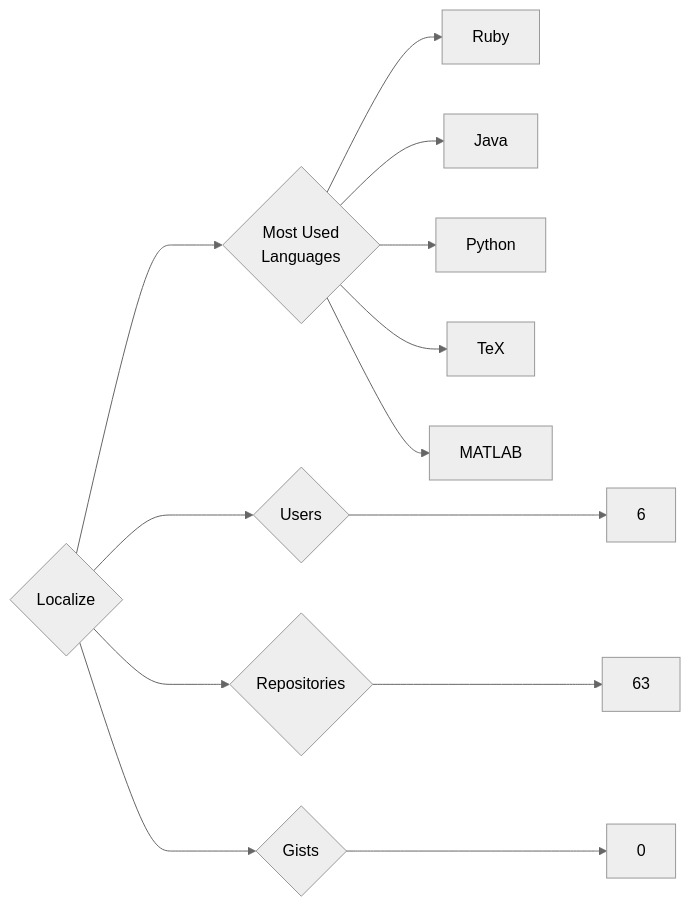
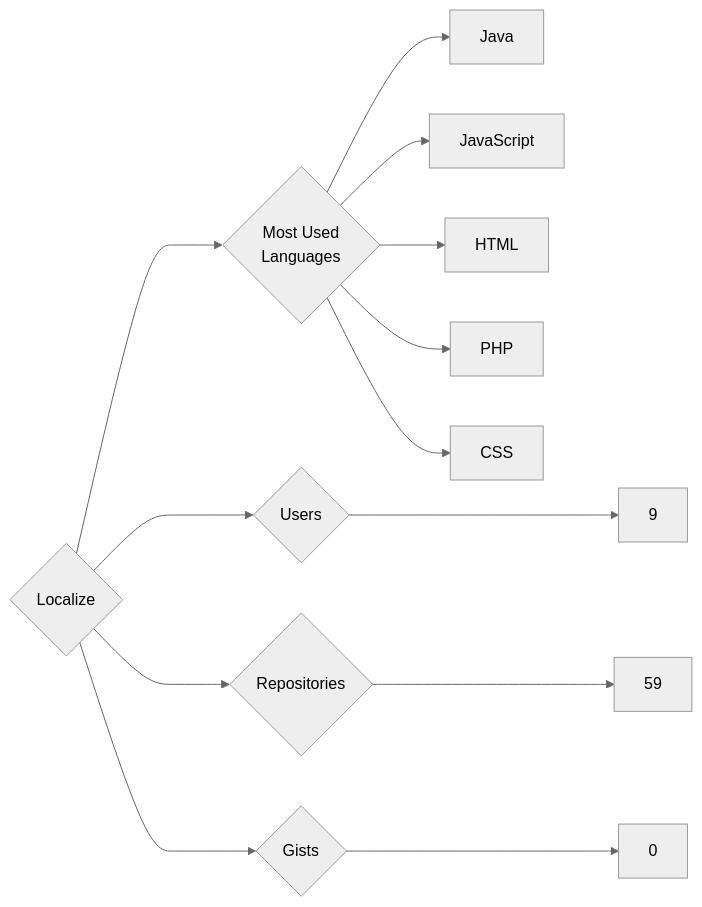
Before and after one commit to trickest/insiders: the diagram in targets/Localize/README.md, drawn with Mermaid (neutral theme). The commit also changed 1084 other files, not shown here.

````diff
--- a/targets/Localize/README.md
+++ b/targets/Localize/README.md
@@ -3,13 +3,13 @@
 ```mermaid
 graph LR
 COMPANY_NAME{Localize}
-COMPANY_NAME ---> U{Users} ---> UN[6]
-COMPANY_NAME ---> R{Repositories} ---> RN[63]
+COMPANY_NAME ---> U{Users} ---> UN[9]
+COMPANY_NAME ---> R{Repositories} ---> RN[59]
 COMPANY_NAME ---> G{Gists} ---> GN[0]
 COMPANY_NAME ---> ML{Most Used<br>Languages}
-ML --> Ruby[Ruby]
 ML --> Java[Java]
-ML --> Python[Python]
-ML --> TeX[TeX]
-ML --> MATLAB[MATLAB]
+ML --> JavaScript[JavaScript]
+ML --> HTML[HTML]
+ML --> PHP[PHP]
+ML --> CSS[CSS]
 ```
````
